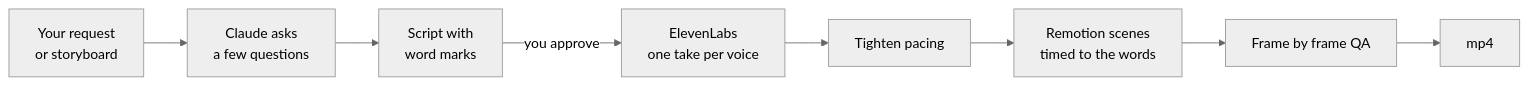
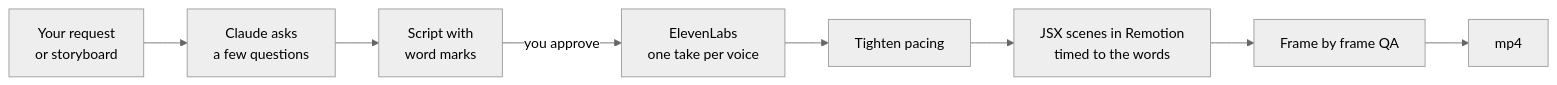
One commit to VisroliyaHimanshu/jsxmotion changed the diagram in README.md. Above: the diagram before and after it, drawn with Mermaid (neutral theme). The commit also changed other lines of this file and 8 other files, not shown here.

````diff
--- a/README.md
+++ b/README.md
@@ -31,10 +31,10 @@
 ```mermaid
 flowchart LR
   A[Your request<br/>or storyboard] --> B[Claude asks<br/>a few questions]
   B --> C[Script with<br/>word marks]
   C -->|you approve| D[ElevenLabs<br/>one take per voice]
   D --> E[Tighten pacing]
-  E --> F[Remotion scenes<br/>timed to the words]
+  E --> F[JSX scenes in Remotion<br/>timed to the words]
   F --> G[Frame by frame QA]
   G --> H[mp4]
 ```
````
